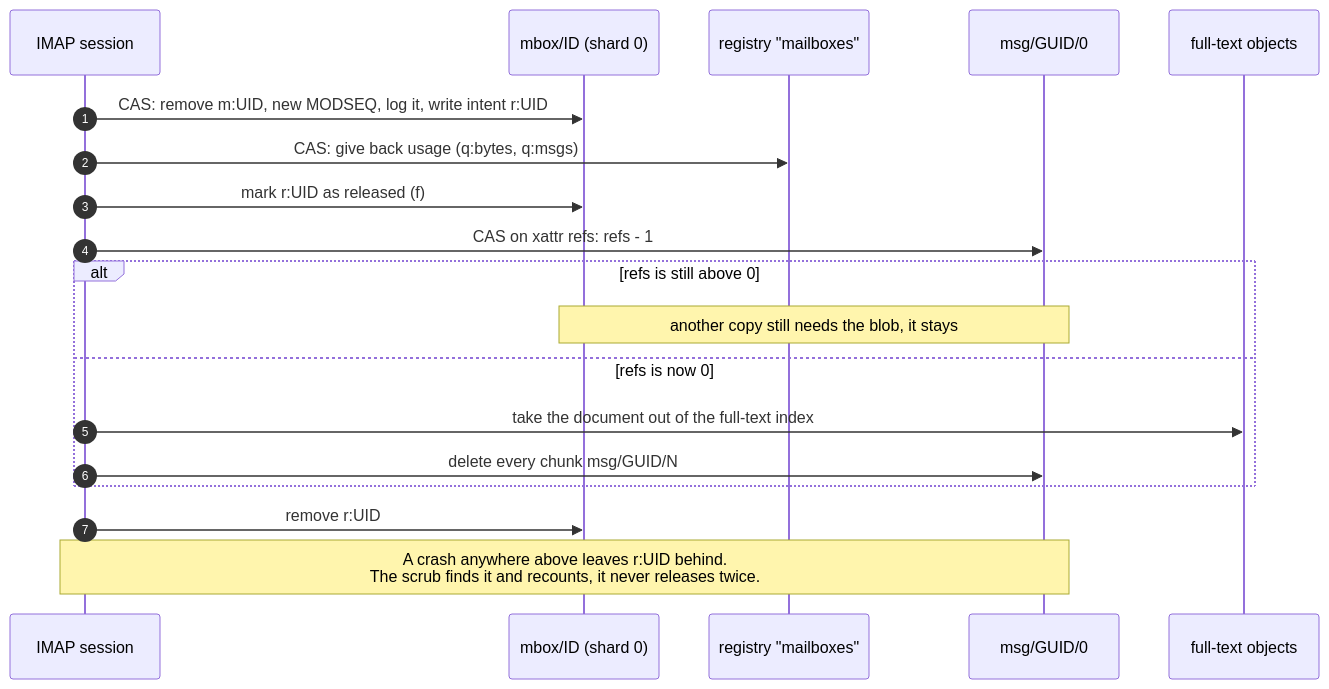
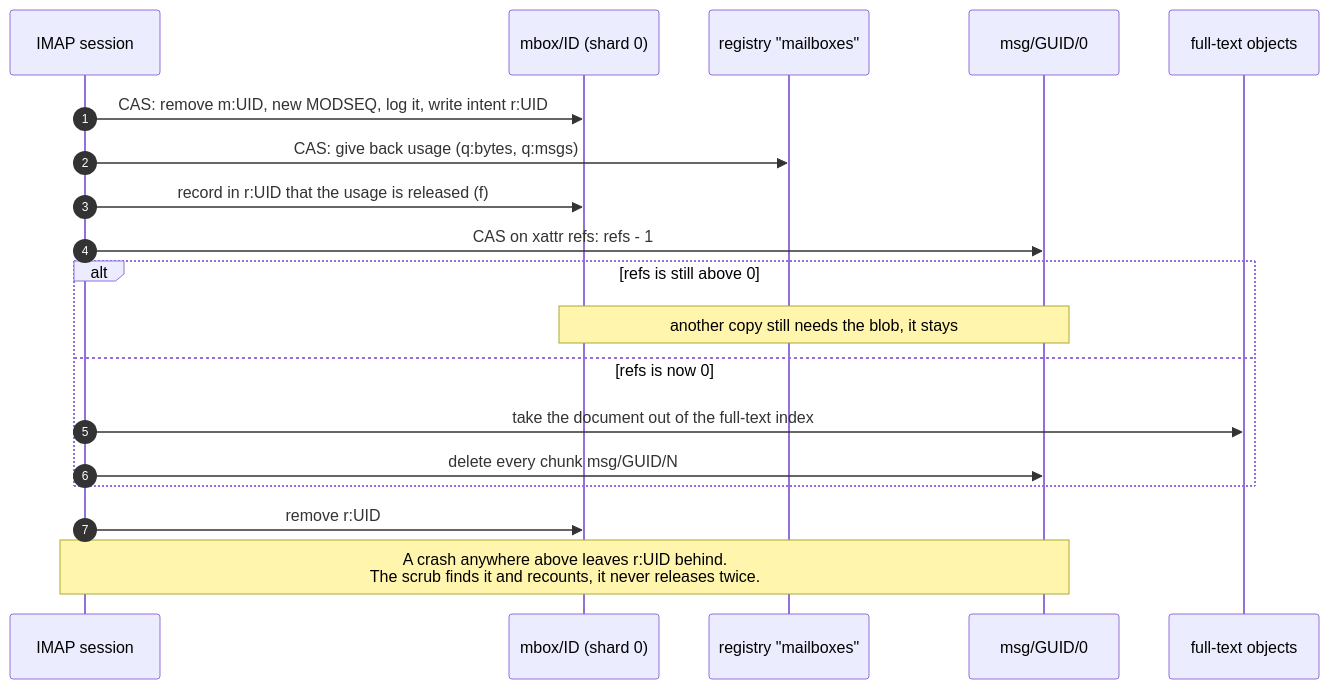
One commit to croessner/shardpost changed the diagram in docs/diagrams/course-expunge.mmd. Above: the diagram before and after it, drawn with Mermaid. The commit also changed 4 other files, not shown here.

```diff
--- a/docs/diagrams/course-expunge.mmd
+++ b/docs/diagrams/course-expunge.mmd
@@ -1,19 +1,19 @@
 sequenceDiagram
     autonumber
     participant P as IMAP session
     participant MB as mbox/ID (shard 0)
     participant R as registry "mailboxes"
     participant D as msg/GUID/0
     participant F as full-text objects
     P->>MB: CAS: remove m:UID, new MODSEQ, log it, write intent r:UID
     P->>R: CAS: give back usage (q:bytes, q:msgs)
-    P->>MB: mark r:UID as released (f)
+    P->>MB: record in r:UID that the usage is released (f)
     P->>D: CAS on xattr refs: refs - 1
     alt refs is still above 0
         Note over MB,D: another copy still needs the blob, it stays
     else refs is now 0
         P->>F: take the document out of the full-text index
         P->>D: delete every chunk msg/GUID/N
     end
     P->>MB: remove r:UID
     Note over P,D: A crash anywhere above leaves r:UID behind.<br/>The scrub finds it and recounts, it never releases twice.
```
